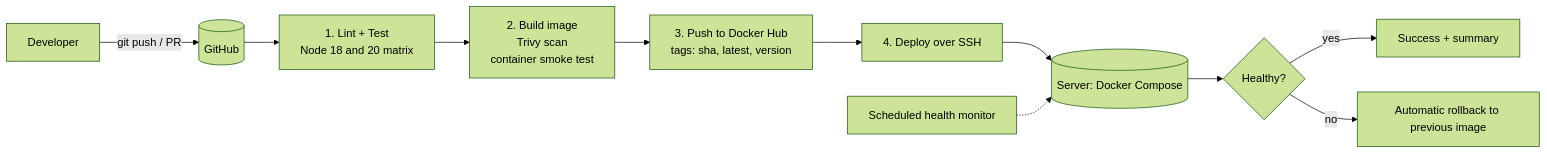
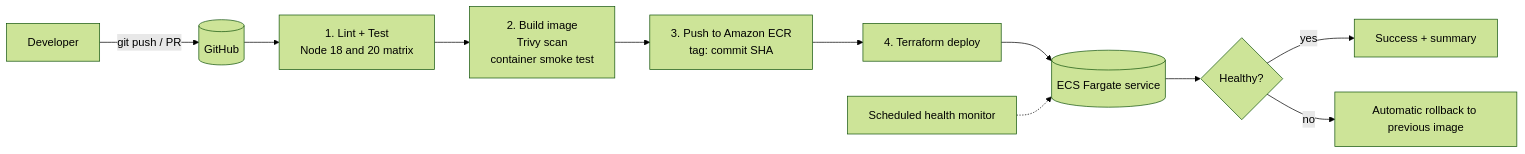
One commit to Sudharshan2516/cognevance_Task2 changed the diagram in README.md. Above: the diagram before and after it, drawn with Mermaid (forest theme). The commit also changed other lines of this file and 9 other files, not shown here.

````diff
--- a/README.md
+++ b/README.md
@@ -50,13 +50,13 @@
 ```mermaid
 flowchart LR
   Dev[Developer] -->|git push / PR| GH[(GitHub)]
   GH --> T[1. Lint + Test<br/>Node 18 and 20 matrix]
   T --> B[2. Build image<br/>Trivy scan<br/>container smoke test]
-  B --> P[3. Push to Docker Hub<br/>tags: sha, latest, version]
-  P --> D[4. Deploy over SSH]
-  D --> S[(Server: Docker Compose)]
+  B --> P[3. Push to Amazon ECR<br/>tag: commit SHA]
+  P --> D[4. Terraform deploy]
+  D --> S[(ECS Fargate service)]
   S --> H{Healthy?}
   H -- yes --> OK[Success + summary]
   H -- no --> RB[Automatic rollback to previous image]
   M[Scheduled health monitor] -.-> S
 ```
````
